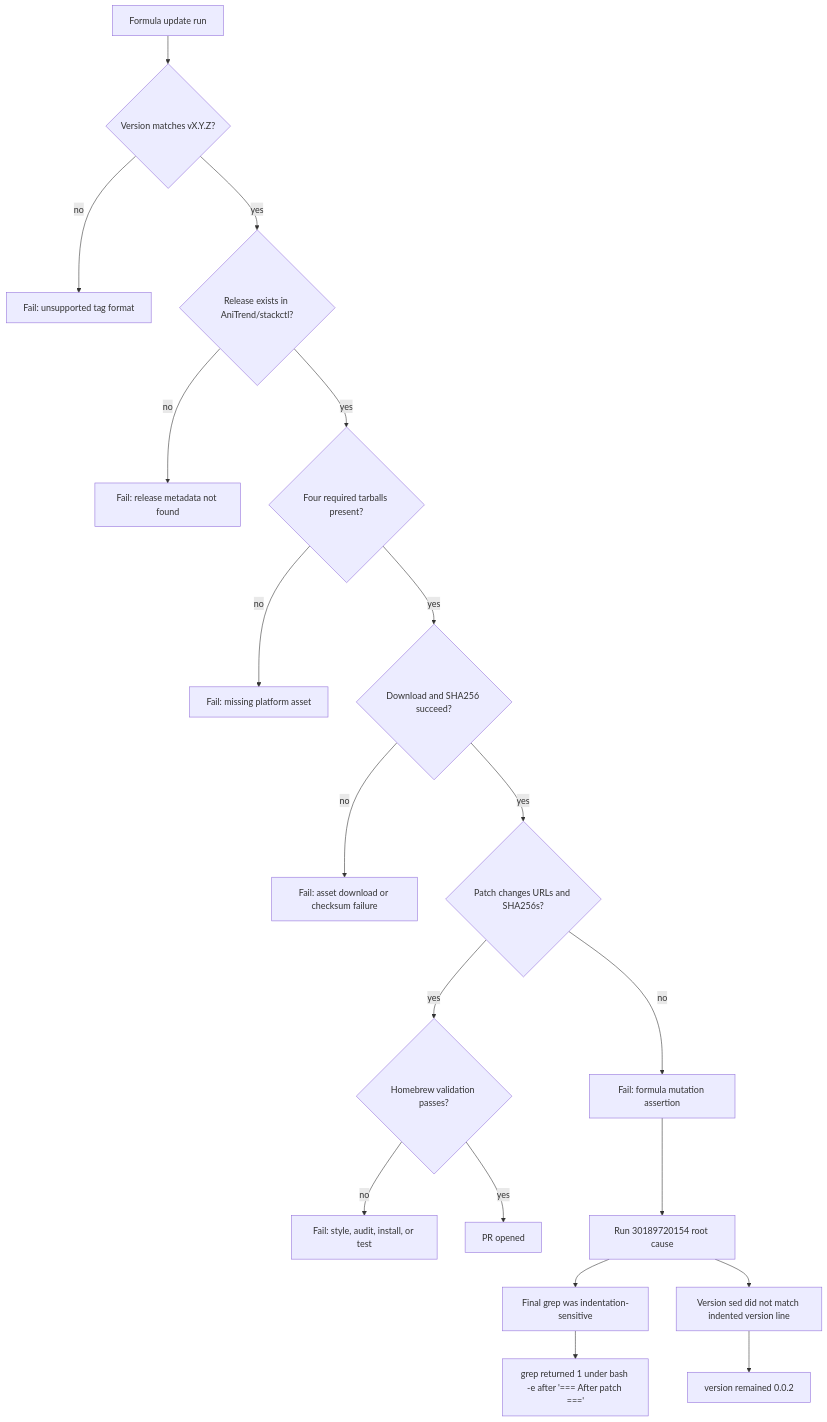
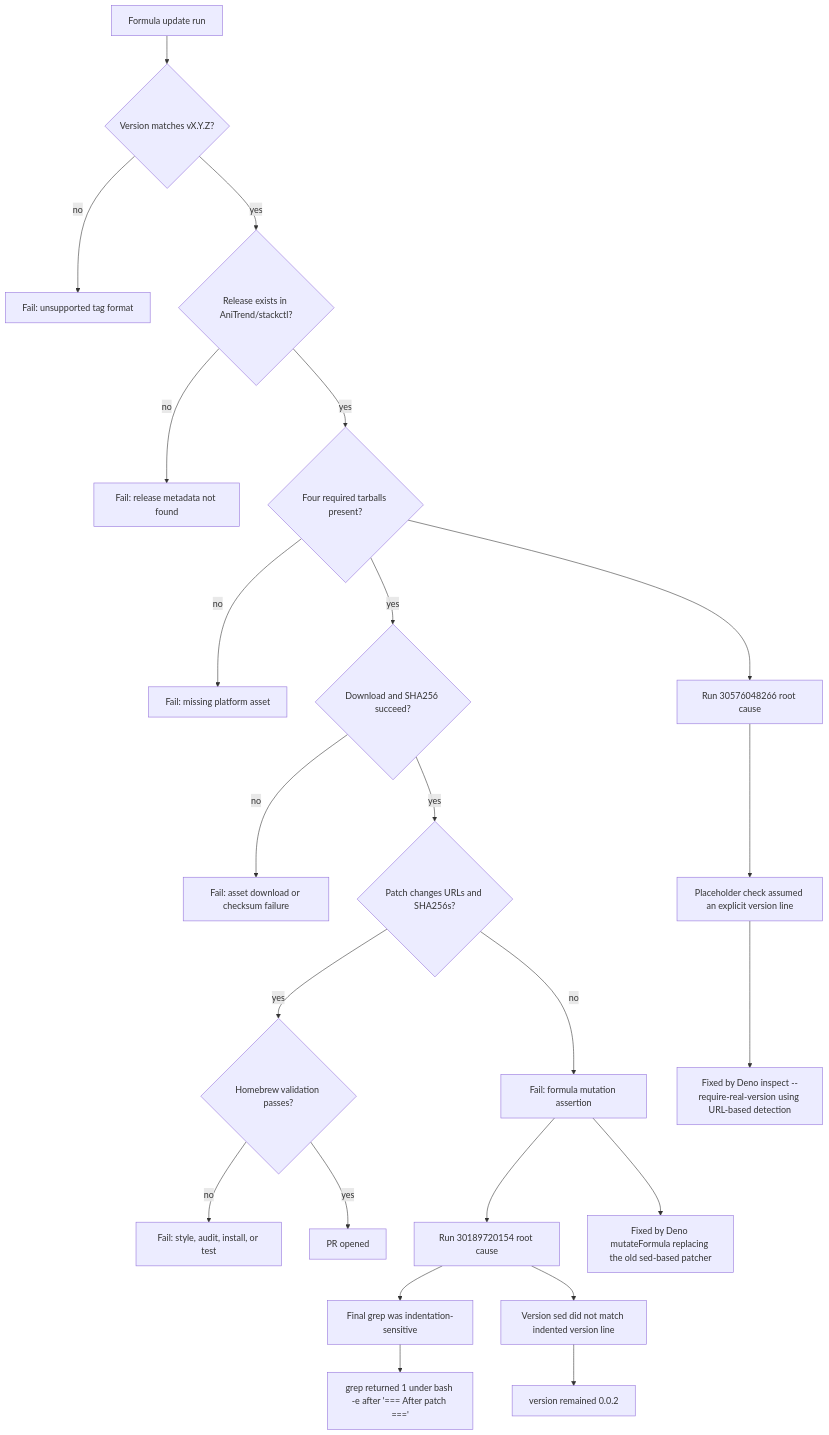
Before and after one commit to AniTrend/homebrew-tap: the third of 3 diagrams in docs/stackctl-formula-update-flow.md, drawn with Mermaid. The commit also changed other lines of this file and 13 other files, not shown here.

````diff
--- a/docs/stackctl-formula-update-flow.md
+++ b/docs/stackctl-formula-update-flow.md
@@ -111,22 +124,28 @@
 ```mermaid
 graph TD
   Start["Formula update run"] --> VersionCheck{"Version matches vX.Y.Z?"}
   VersionCheck -->|no| BadVersion["Fail: unsupported tag format"]
   VersionCheck -->|yes| ReleaseLookup{"Release exists in AniTrend/stackctl?"}
   ReleaseLookup -->|no| MissingRelease["Fail: release metadata not found"]
   ReleaseLookup -->|yes| AssetCheck{"Four required tarballs present?"}
   AssetCheck -->|no| MissingAsset["Fail: missing platform asset"]
   AssetCheck -->|yes| DownloadCheck{"Download and SHA256 succeed?"}
   DownloadCheck -->|no| DownloadFailure["Fail: asset download or checksum failure"]
   DownloadCheck -->|yes| PatchCheck{"Patch changes URLs and SHA256s?"}
   PatchCheck -->|no| PatchFailure["Fail: formula mutation assertion"]
   PatchCheck -->|yes| BrewCheck{"Homebrew validation passes?"}
   BrewCheck -->|no| BrewFailure["Fail: style, audit, install, or test"]
   BrewCheck -->|yes| PRCreated["PR opened"]
 
   PatchFailure --> Run30189720154["Run 30189720154 root cause"]
   Run30189720154 --> GrepIndent["Final grep was indentation-sensitive"]
   Run30189720154 --> SedIndent["Version sed did not match indented version line"]
   GrepIndent --> BashE["grep returned 1 under bash -e after '=== After patch ==='"]
   SedIndent --> StaleVersion["version remained 0.0.2"]
+
+  AssetCheck --> Run30576048266["Run 30576048266 root cause"]
+  Run30576048266 --> PlaceholderAssumption["Placeholder check assumed an explicit version line"]
+  PlaceholderAssumption --> InspectFix["Fixed by Deno inspect --require-real-version using URL-based detection"]
+
+  PatchFailure --> MutateFix["Fixed by Deno mutateFormula replacing the old sed-based patcher"]
 ```
````
